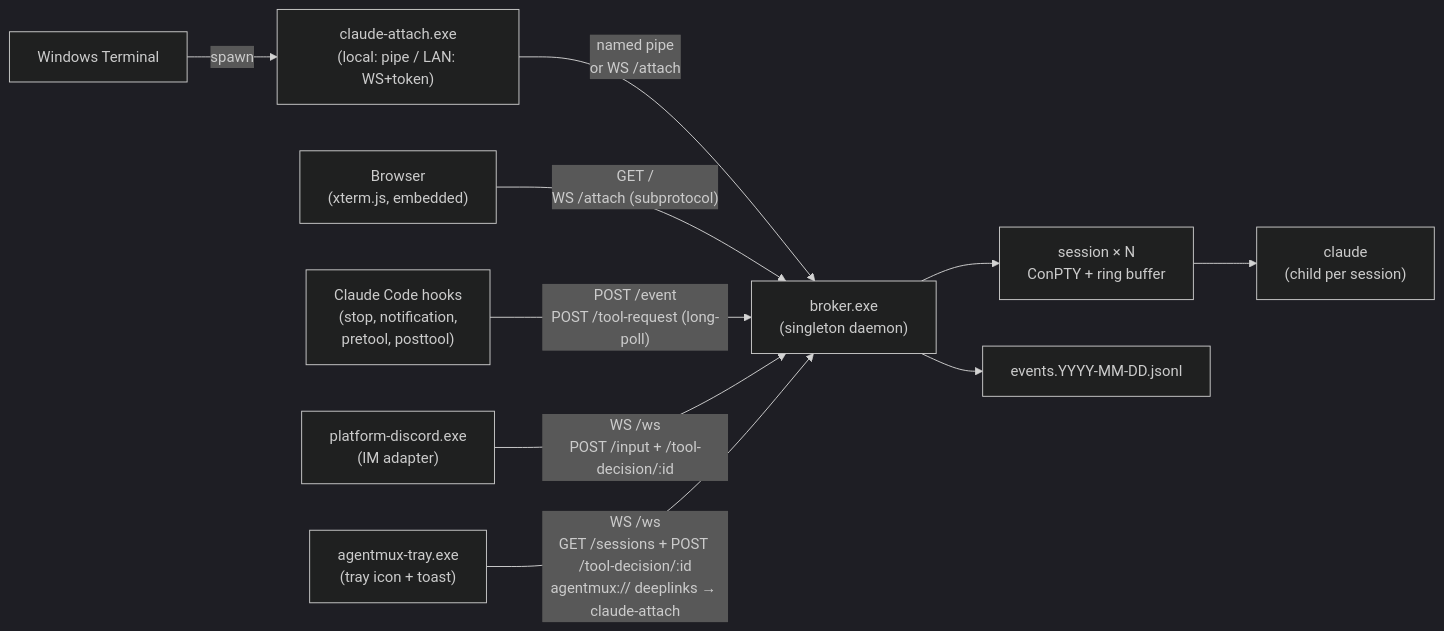
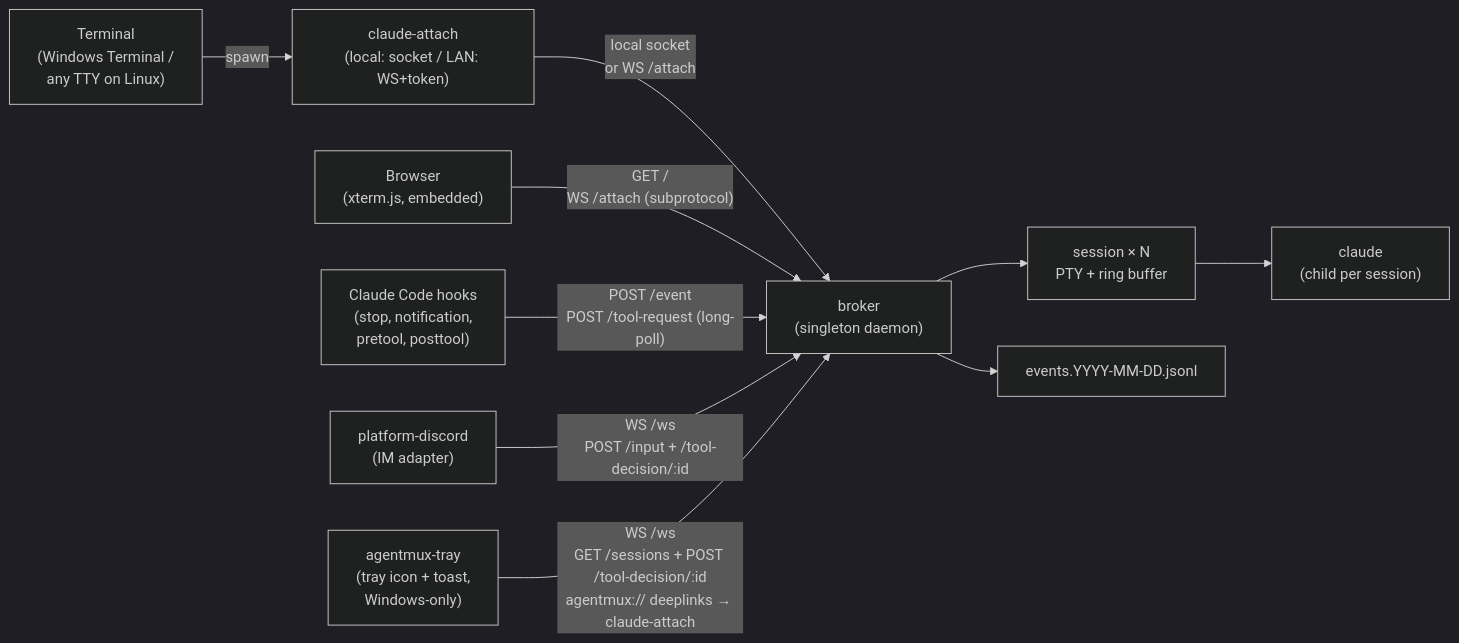
The diagram in README.md (TornLux/agentmux), drawn with Mermaid (dark theme) before and after one commit. The commit also changed other lines of this file and 3 other files, not shown here.

````diff
--- a/README.md
+++ b/README.md
@@ -51,23 +51,23 @@
 ```mermaid
 flowchart LR
-    Term["Windows Terminal"]
+    Term["Terminal<br/>(Windows Terminal /<br/>any TTY on Linux)"]
     Browser["Browser<br/>(xterm.js, embedded)"]
     Hooks["Claude Code hooks<br/>(stop, notification,<br/>pretool, posttool)"]
-    Attach["claude-attach.exe<br/>(local: pipe / LAN: WS+token)"]
-    Discord["platform-discord.exe<br/>(IM adapter)"]
-    Tray["agentmux-tray.exe<br/>(tray icon + toast)"]
-    Broker["broker.exe<br/>(singleton daemon)"]
-    Sess["session × N<br/>ConPTY + ring buffer"]
+    Attach["claude-attach<br/>(local: socket / LAN: WS+token)"]
+    Discord["platform-discord<br/>(IM adapter)"]
+    Tray["agentmux-tray<br/>(tray icon + toast,<br/>Windows-only)"]
+    Broker["broker<br/>(singleton daemon)"]
+    Sess["session × N<br/>PTY + ring buffer"]
     Claude["claude<br/>(child per session)"]
     Events["events.YYYY-MM-DD.jsonl"]
 
     Term -- "spawn" --> Attach
-    Attach -- "named pipe<br/>or WS /attach" --> Broker
+    Attach -- "local socket<br/>or WS /attach" --> Broker
     Browser -- "GET /<br/>WS /attach (subprotocol)" --> Broker
     Hooks -- "POST /event<br/>POST /tool-request (long-poll)" --> Broker
     Discord -- "WS /ws<br/>POST /input + /tool-decision/:id" --> Broker
     Tray -- "WS /ws<br/>GET /sessions + POST /tool-decision/:id<br/>agentmux:// deeplinks → claude-attach" --> Broker
     Broker --> Sess
     Sess --> Claude
     Broker --> Events
 ```
````
